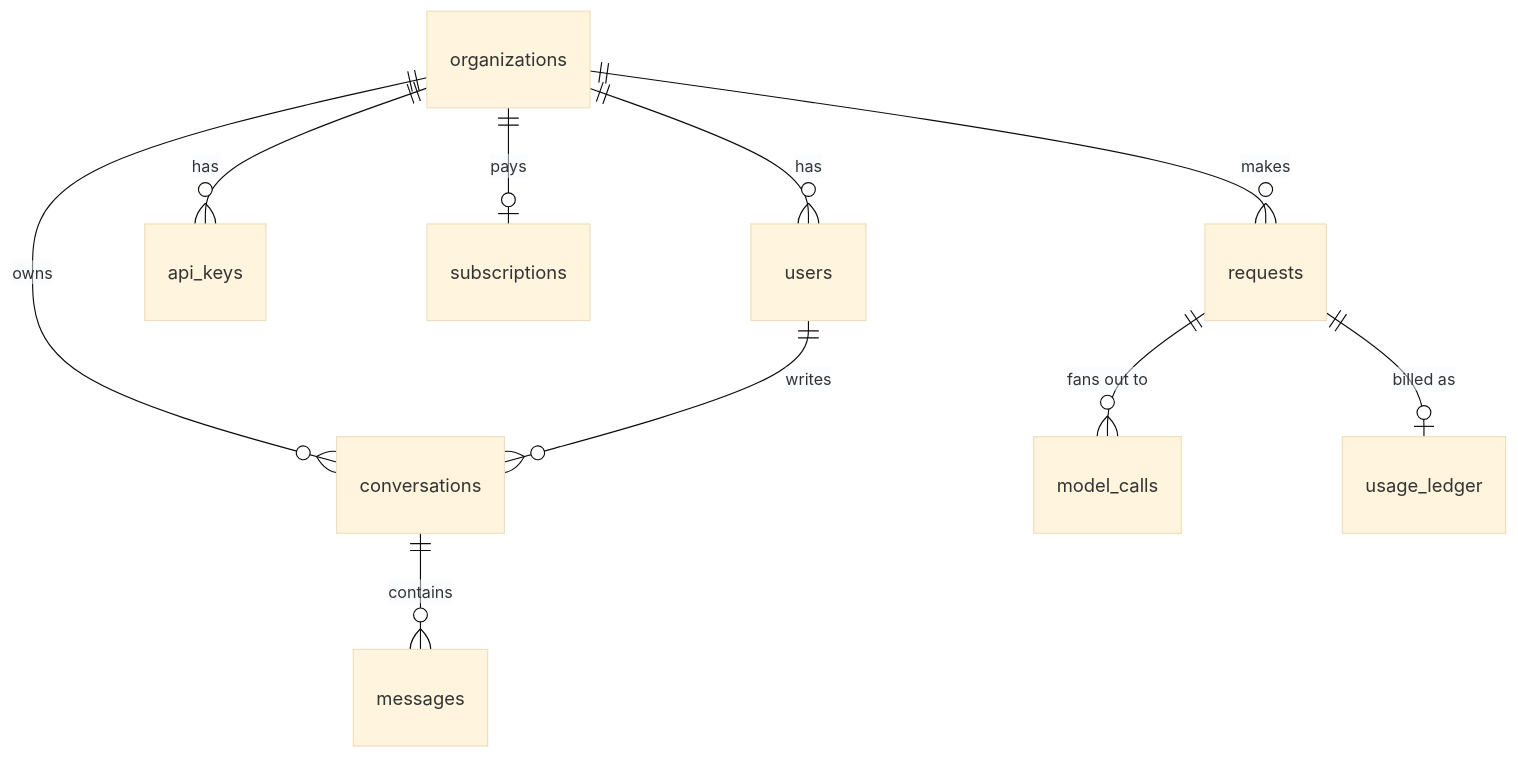
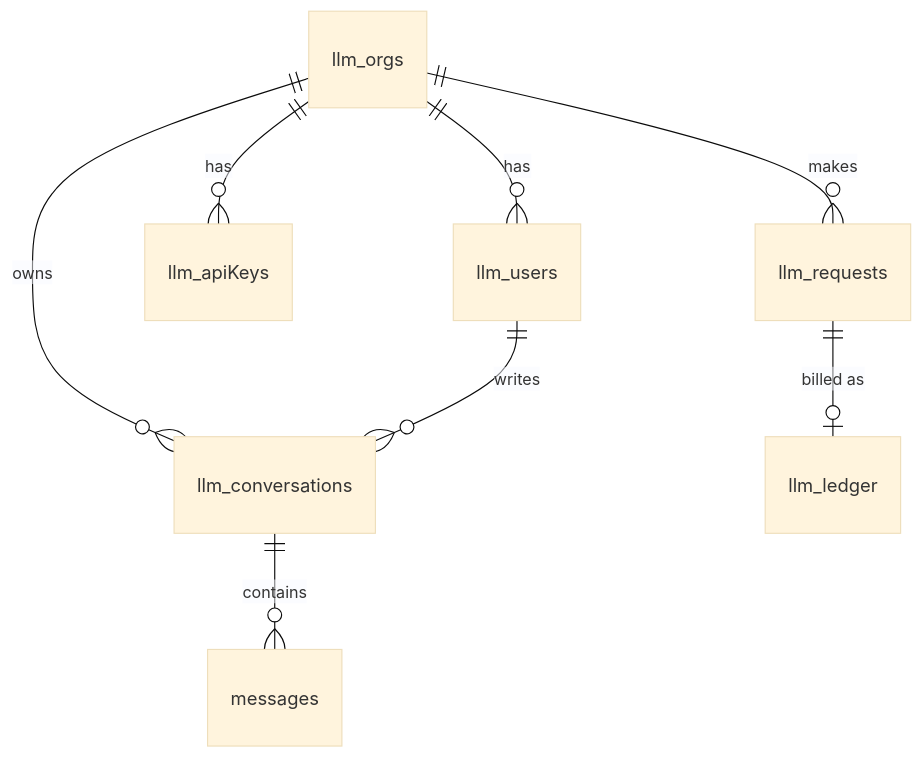
One commit to Dumpsterpog/multi-llm-architecture changed the eighth of 9 diagrams in docs/ARCHITECTURE.md. Above: the diagram before and after it, drawn with Mermaid (base theme). The commit also changed other lines of this file and 26 other files, not shown here.

````diff
--- a/docs/ARCHITECTURE.md
+++ b/docs/ARCHITECTURE.md
@@ -383,12 +396,10 @@
 ```mermaid
 erDiagram
-  organizations ||--o{ users : has
-  organizations ||--o{ api_keys : has
-  organizations ||--o| subscriptions : pays
-  organizations ||--o{ conversations : owns
-  users ||--o{ conversations : writes
-  conversations ||--o{ messages : contains
-  organizations ||--o{ requests : makes
-  requests ||--o{ model_calls : "fans out to"
-  requests ||--o| usage_ledger : "billed as"
+  llm_orgs ||--o{ llm_users : has
+  llm_orgs ||--o{ llm_apiKeys : has
+  llm_orgs ||--o{ llm_conversations : owns
+  llm_users ||--o{ llm_conversations : writes
+  llm_conversations ||--o{ messages : contains
+  llm_orgs ||--o{ llm_requests : makes
+  llm_requests ||--o| llm_ledger : "billed as"
 ```
````
